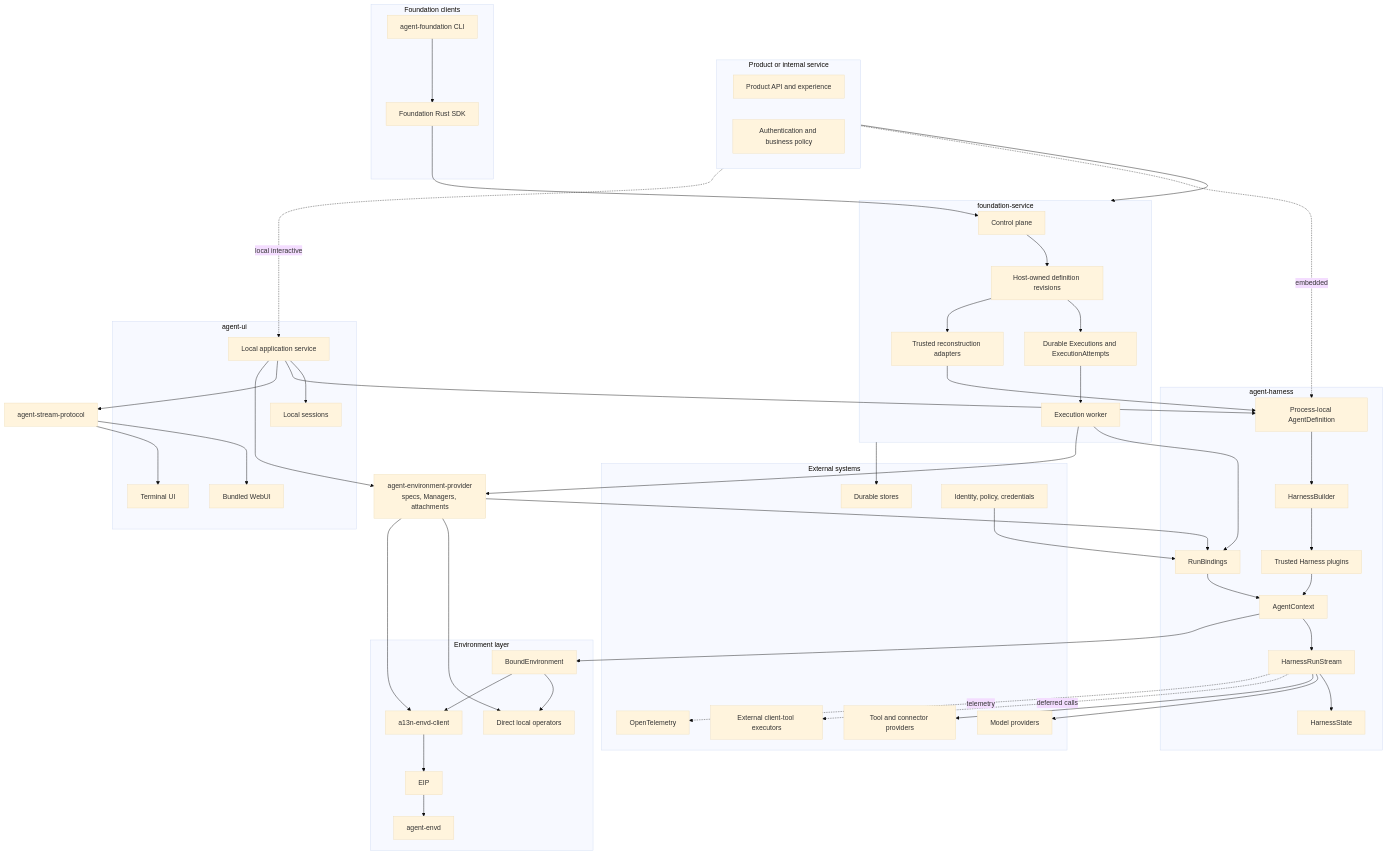
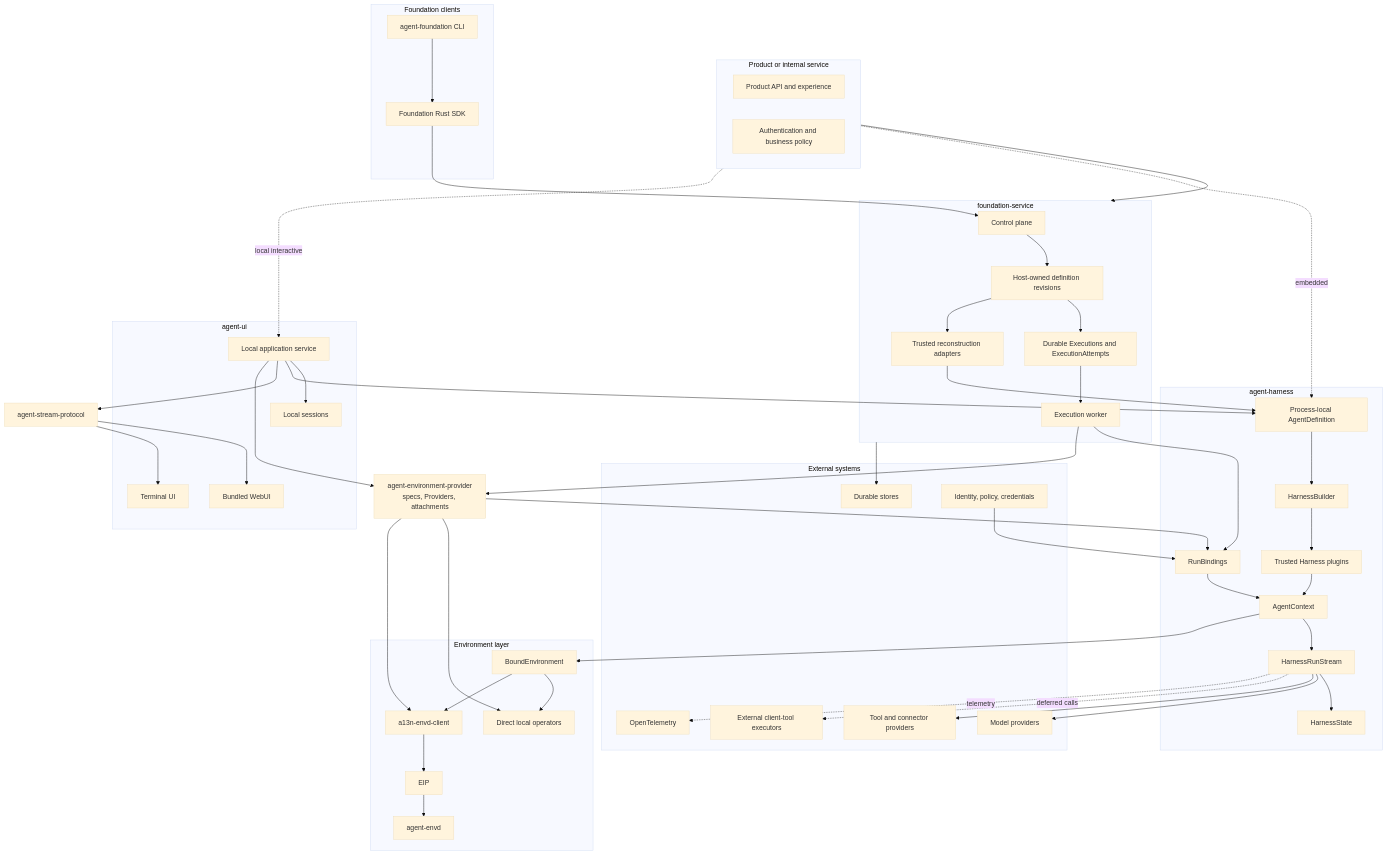
Before and after one commit to LTThreeComma/agent-foundation: the first of 4 diagrams in spec/README.md, drawn with Mermaid (base theme). The commit also changed other lines of this file and 125 other files, not shown here.

````diff
--- a/spec/README.md
+++ b/spec/README.md
@@ -23,81 +23,81 @@
 ```mermaid
 flowchart TB
     subgraph Product[Product or internal service]
         API[Product API and experience]
         Policy[Authentication and business policy]
     end
 
     subgraph Service[foundation-service]
         Control[Control plane]
         Definitions[Host-owned definition revisions]
         Lifecycle[Durable Executions and ExecutionAttempts]
         Worker[Execution worker]
         Reconstruct[Trusted reconstruction adapters]
     end
 
     subgraph LocalUI[agent-ui]
         AppService[Local application service]
         Sessions[Local sessions]
         WebUI[Bundled WebUI]
         TUI[Terminal UI]
     end
 
     subgraph FoundationClients[Foundation clients]
         FoundationCLI[agent-foundation CLI]
         RustSDK[Foundation Rust SDK]
     end
 
     subgraph Harness[agent-harness]
         Definition[Process-local AgentDefinition]
         Builder[HarnessBuilder]
         Plugins[Trusted Harness plugins]
         Bindings[RunBindings]
         Context[AgentContext]
         Run[HarnessRunStream]
         State[HarnessState]
     end
 
     StreamProtocol[agent-stream-protocol]
-    ProviderPackage[agent-environment-provider<br/>specs, Managers, attachments]
+    ProviderPackage[agent-environment-provider<br/>specs, Providers, attachments]
 
     subgraph Environment[Environment layer]
         Bound[BoundEnvironment]
         Local[Direct local operators]
         EIPClient[a13n-envd-client]
         EIP[EIP]
         Envd[agent-envd]
     end
 
     subgraph External[External systems]
         Models[Model providers]
         Tools[Tool and connector providers]
         Stores[Durable stores]
         Identity[Identity, policy, credentials]
         Clients[External client-tool executors]
         OTel[OpenTelemetry]
     end
 
     Product --> Service
     FoundationCLI --> RustSDK --> Control
     Product -. embedded .-> Definition
     Product -. local interactive .-> AppService
     AppService --> Sessions
     AppService --> Definition
     AppService --> StreamProtocol --> WebUI & TUI
     Control --> Definitions --> Lifecycle --> Worker
     Definitions --> Reconstruct --> Definition
     Definition --> Builder --> Plugins
     Worker --> Bindings
     Identity --> Bindings
     Plugins & Bindings --> Context --> Run --> State
     Run --> Models & Tools
     Run -. deferred calls .-> Clients
     Worker & AppService --> ProviderPackage
     ProviderPackage --> Local & EIPClient
     ProviderPackage --> Bindings
     Context --> Bound
     Bound --> Local
     Bound --> EIPClient --> EIP --> Envd
     Service --> Stores
     Run -. telemetry .-> OTel
 ```
````
